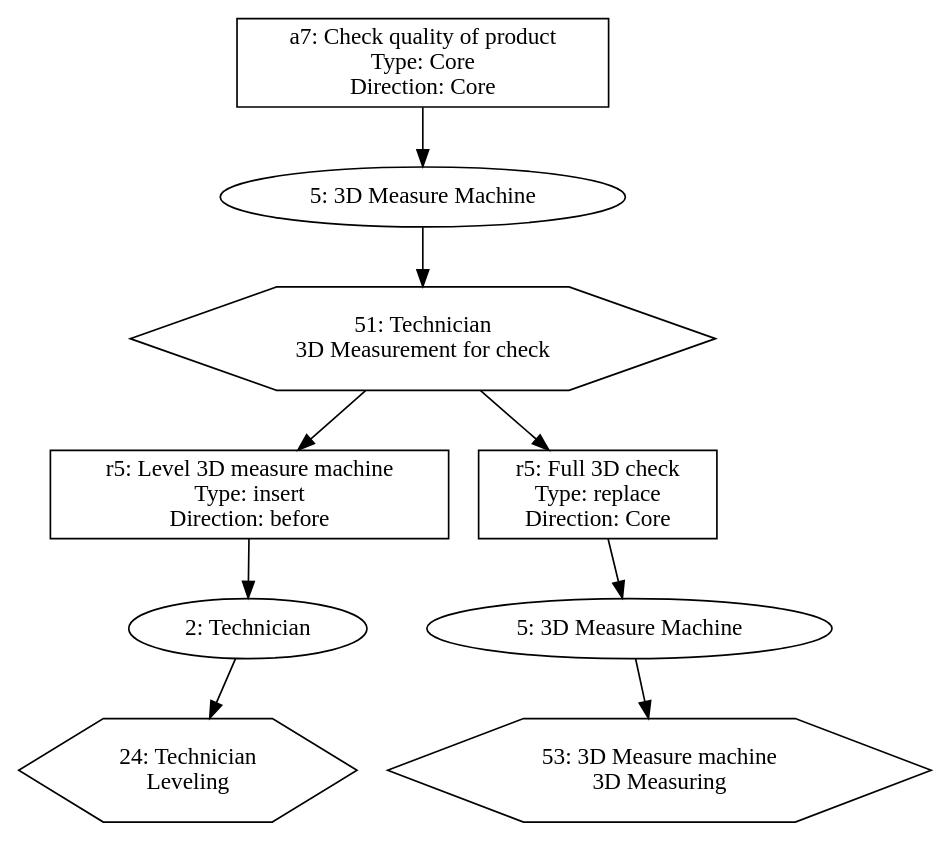
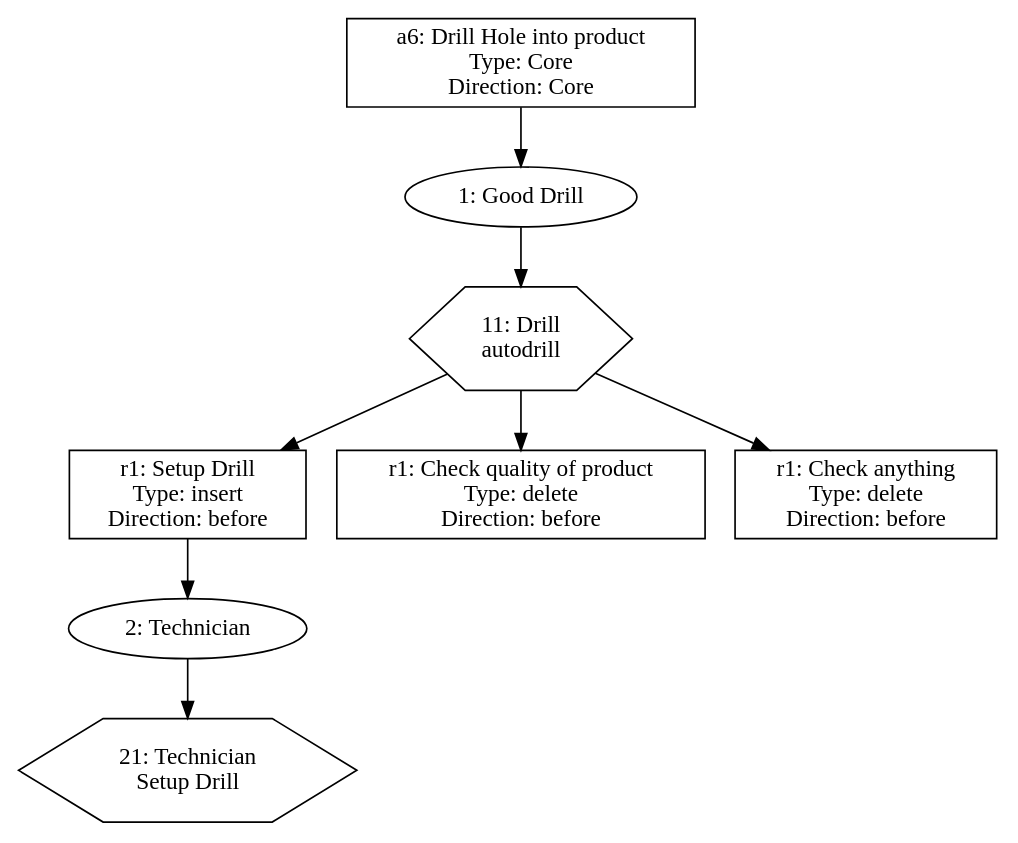
One commit to Schlixmann/RA-RPST-Allocation changed the diagram in tree_allocation/tree/tmp/call_tree.dot. Above: the diagram before and after it, drawn with Graphviz. The commit also changed 3 other files, not shown here.

```diff
--- a/tree_allocation/tree/tmp/call_tree.dot
+++ b/tree_allocation/tree/tmp/call_tree.dot
@@ -1,28 +1,27 @@
 digraph CallTree {
-	"4e3851ce-9dad-11ee-9d38-04cf4b795879" [label = "a7: Check quality of product 
+	"3a5d9a14-9dc7-11ee-9423-04cf4b795879" [label = "a6: Drill Hole into product 
  Type: Core 
  Direction: Core" shape=rectangle]	; 
-	"4e385b1a-9dad-11ee-9d38-04cf4b795879" [label = "5: 3D Measure Machine"]	; 
-	"4e3851ce-9dad-11ee-9d38-04cf4b795879" -> "4e385b1a-9dad-11ee-9d38-04cf4b795879"	 ;
-	"4e385dcc-9dad-11ee-9d38-04cf4b795879" [label = "51: Technician 
- 3D Measurement for check" shape=polygon sides=6]	; 
-	"4e385b1a-9dad-11ee-9d38-04cf4b795879" -> "4e385dcc-9dad-11ee-9d38-04cf4b795879"	 ;
-	"4e385f70-9dad-11ee-9d38-04cf4b795879" [label = "r5: Level 3D measure machine 
+	"3a5da464-9dc7-11ee-9423-04cf4b795879" [label = "1: Good Drill"]	; 
+	"3a5d9a14-9dc7-11ee-9423-04cf4b795879" -> "3a5da464-9dc7-11ee-9423-04cf4b795879"	 ;
+	"3a5da6f8-9dc7-11ee-9423-04cf4b795879" [label = "11: Drill 
+ autodrill" shape=polygon sides=6]	; 
+	"3a5da464-9dc7-11ee-9423-04cf4b795879" -> "3a5da6f8-9dc7-11ee-9423-04cf4b795879"	 ;
+	"3a5da89c-9dc7-11ee-9423-04cf4b795879" [label = "r1: Setup Drill 
  Type: insert 
  Direction: before" shape=rectangle]	; 
-	"4e385dcc-9dad-11ee-9d38-04cf4b795879" -> "4e385f70-9dad-11ee-9d38-04cf4b795879"	 ;
-	"4e38620e-9dad-11ee-9d38-04cf4b795879" [label = "2: Technician"]	; 
-	"4e385f70-9dad-11ee-9d38-04cf4b795879" -> "4e38620e-9dad-11ee-9d38-04cf4b795879"	 ;
-	"4e38642a-9dad-11ee-9d38-04cf4b795879" [label = "24: Technician 
- Leveling" shape=polygon sides=6]	; 
-	"4e38620e-9dad-11ee-9d38-04cf4b795879" -> "4e38642a-9dad-11ee-9d38-04cf4b795879"	 ;
-	"4e386588-9dad-11ee-9d38-04cf4b795879" [label = "r5: Full 3D check 
- Type: replace 
- Direction: Core" shape=rectangle]	; 
-	"4e385dcc-9dad-11ee-9d38-04cf4b795879" -> "4e386588-9dad-11ee-9d38-04cf4b795879"	 ;
-	"4e3867e0-9dad-11ee-9d38-04cf4b795879" [label = "5: 3D Measure Machine"]	; 
-	"4e386588-9dad-11ee-9d38-04cf4b795879" -> "4e3867e0-9dad-11ee-9d38-04cf4b795879"	 ;
-	"4e3869ca-9dad-11ee-9d38-04cf4b795879" [label = "53: 3D Measure machine 
- 3D Measuring" shape=polygon sides=6]	; 
-	"4e3867e0-9dad-11ee-9d38-04cf4b795879" -> "4e3869ca-9dad-11ee-9d38-04cf4b795879"	 ;
+	"3a5da6f8-9dc7-11ee-9423-04cf4b795879" -> "3a5da89c-9dc7-11ee-9423-04cf4b795879"	 ;
+	"3a5dac48-9dc7-11ee-9423-04cf4b795879" [label = "2: Technician"]	; 
+	"3a5da89c-9dc7-11ee-9423-04cf4b795879" -> "3a5dac48-9dc7-11ee-9423-04cf4b795879"	 ;
+	"3a5daeb4-9dc7-11ee-9423-04cf4b795879" [label = "21: Technician 
+ Setup Drill" shape=polygon sides=6]	; 
+	"3a5dac48-9dc7-11ee-9423-04cf4b795879" -> "3a5daeb4-9dc7-11ee-9423-04cf4b795879"	 ;
+	"3a5db03a-9dc7-11ee-9423-04cf4b795879" [label = "r1: Check quality of product 
+ Type: delete 
+ Direction: before" shape=rectangle]	; 
+	"3a5da6f8-9dc7-11ee-9423-04cf4b795879" -> "3a5db03a-9dc7-11ee-9423-04cf4b795879"	 ;
+	"3a5db2ba-9dc7-11ee-9423-04cf4b795879" [label = "r1: Check anything 
+ Type: delete 
+ Direction: before" shape=rectangle]	; 
+	"3a5da6f8-9dc7-11ee-9423-04cf4b795879" -> "3a5db2ba-9dc7-11ee-9423-04cf4b795879"	 ;
 }
```
